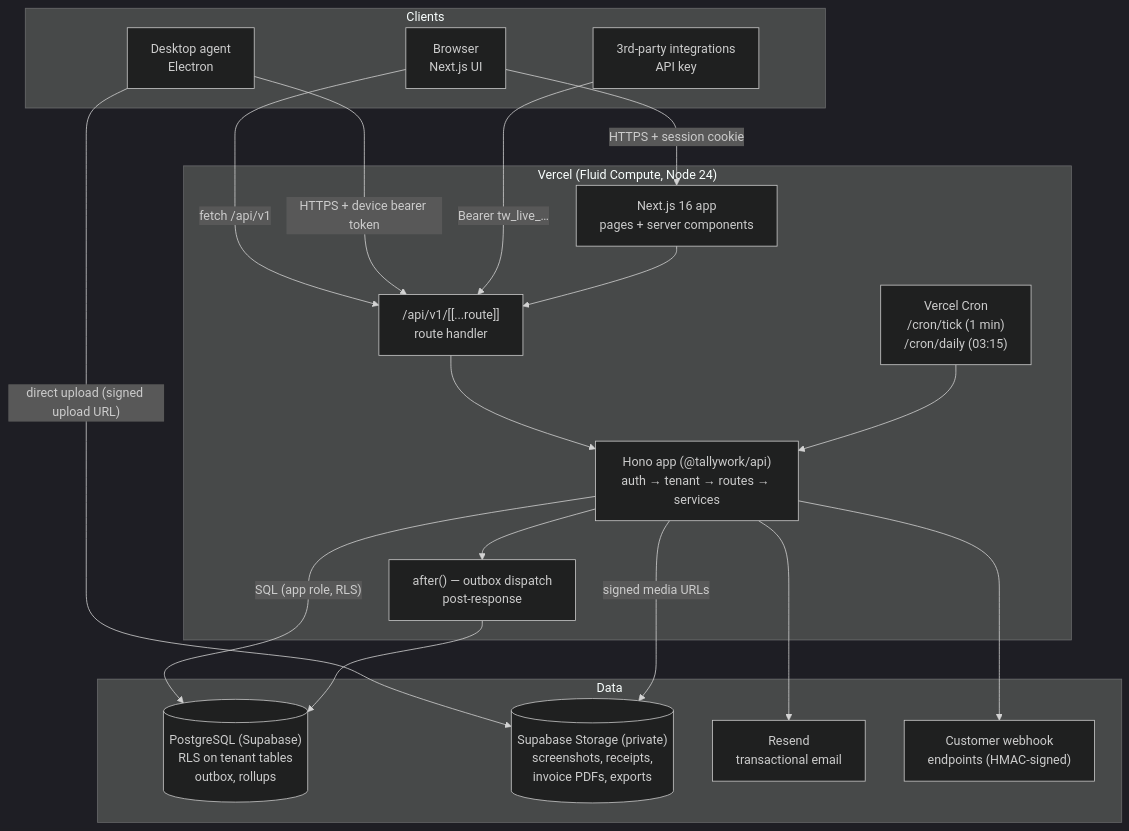
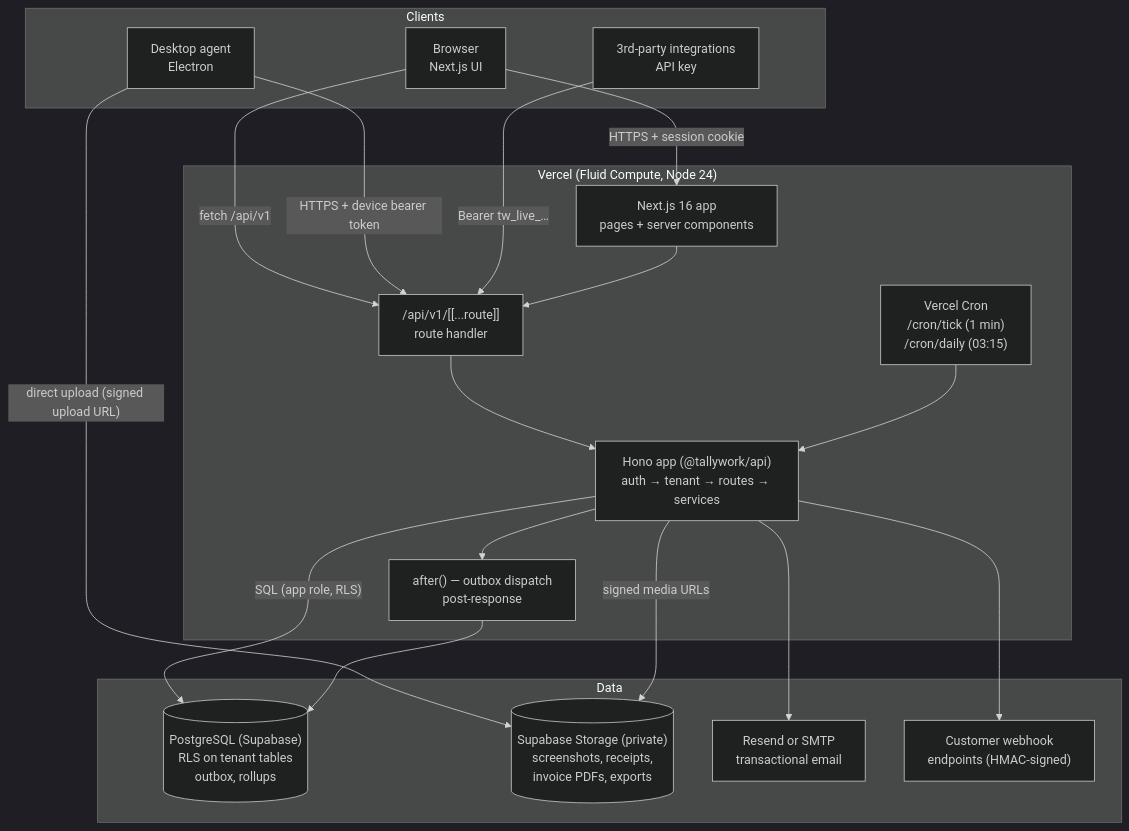
The second of 12 diagrams in README.md (marketingcad/WorkPulse), drawn with Mermaid (dark theme) before and after one commit. The commit also changed other lines of this file and 55 other files, not shown here.

````diff
--- a/README.md
+++ b/README.md
@@ -167,38 +181,38 @@
 ```mermaid
 flowchart TB
   subgraph Clients
     browser["Browser<br/>Next.js UI"]
     agent["Desktop agent<br/>Electron"]
     third["3rd-party integrations<br/>API key"]
   end
 
   subgraph Vercel["Vercel (Fluid Compute, Node 24)"]
     next["Next.js 16 app<br/>pages + server components"]
     route["/api/v1/[[...route]]<br/>route handler"]
     hono["Hono app (@tallywork/api)<br/>auth → tenant → routes → services"]
     after["after() — outbox dispatch<br/>post-response"]
     cron["Vercel Cron<br/>/cron/tick (1 min)<br/>/cron/daily (03:15)"]
   end
 
   subgraph Data
     pg[("PostgreSQL (Supabase)<br/>RLS on tenant tables<br/>outbox, rollups")]
     blob[("Supabase Storage (private)<br/>screenshots, receipts,<br/>invoice PDFs, exports")]
-    mail["Resend<br/>transactional email"]
+    mail["Resend or SMTP<br/>transactional email"]
     hooks["Customer webhook<br/>endpoints (HMAC-signed)"]
   end
 
   browser -- "HTTPS + session cookie" --> next
   browser -- "fetch /api/v1" --> route
   agent -- "HTTPS + device bearer token" --> route
   agent -- "direct upload (signed upload URL)" --> blob
   third -- "Bearer tw_live_…" --> route
   next --> route
   route --> hono
   hono -- "SQL (app role, RLS)" --> pg
   hono -- "signed media URLs" --> blob
   hono --> after
   cron --> hono
   after --> pg
   hono --> mail
   hono --> hooks
 ```
````
